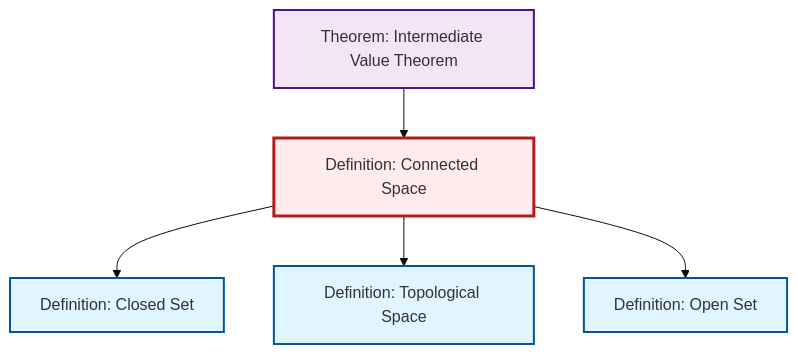
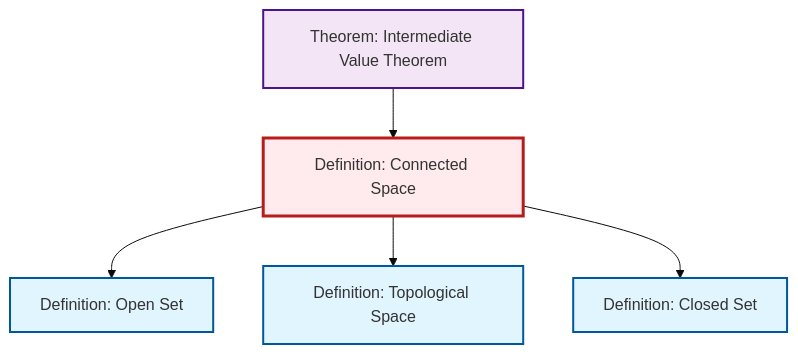
One commit to RK0429/ModernMath changed the diagram in output/mermaid/def-connected.mermaid. Above: the diagram before and after it, drawn with Mermaid (base theme). The commit also changed other lines of this file and 732 other files, not shown here.

````diff
--- a/output/mermaid/def-connected.mermaid
+++ b/output/mermaid/def-connected.mermaid
@@ -1,19 +1,19 @@
 ```{mermaid}
 %%| fig-cap: "Local dependency graph"
 graph TD
     classDef definition fill:#e1f5fe,stroke:#01579b,stroke-width:2px
     classDef theorem fill:#f3e5f5,stroke:#4a148c,stroke-width:2px
     classDef axiom fill:#fff3e0,stroke:#e65100,stroke-width:2px
     classDef example fill:#e8f5e9,stroke:#1b5e20,stroke-width:2px
     classDef current fill:#ffebee,stroke:#b71c1c,stroke-width:3px
+    def-topological-space["Definition: Topological Space"]:::definition
+    thm-intermediate-value["Theorem: Intermediate Value Theorem"]:::theorem
     def-connected["Definition: Connected Space"]:::definition
-    thm-intermediate-value["Theorem: Intermediate Value Theorem"]:::theorem
     def-open-set["Definition: Open Set"]:::definition
-    def-topological-space["Definition: Topological Space"]:::definition
     def-closed-set["Definition: Closed Set"]:::definition
+    thm-intermediate-value --> def-connected
+    def-connected --> def-open-set
+    def-connected --> def-topological-space
     def-connected --> def-closed-set
-    def-connected --> def-topological-space
-    def-connected --> def-open-set
-    thm-intermediate-value --> def-connected
     class def-connected current
 ```
````
